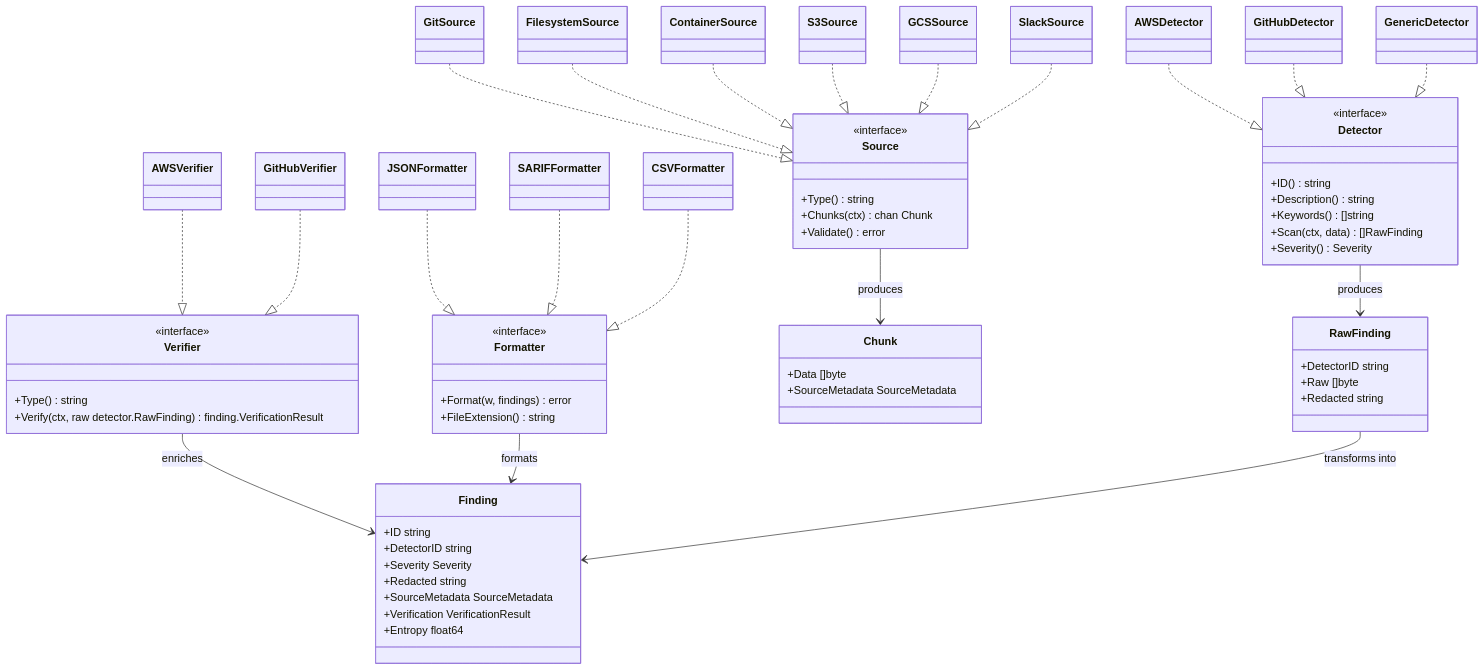
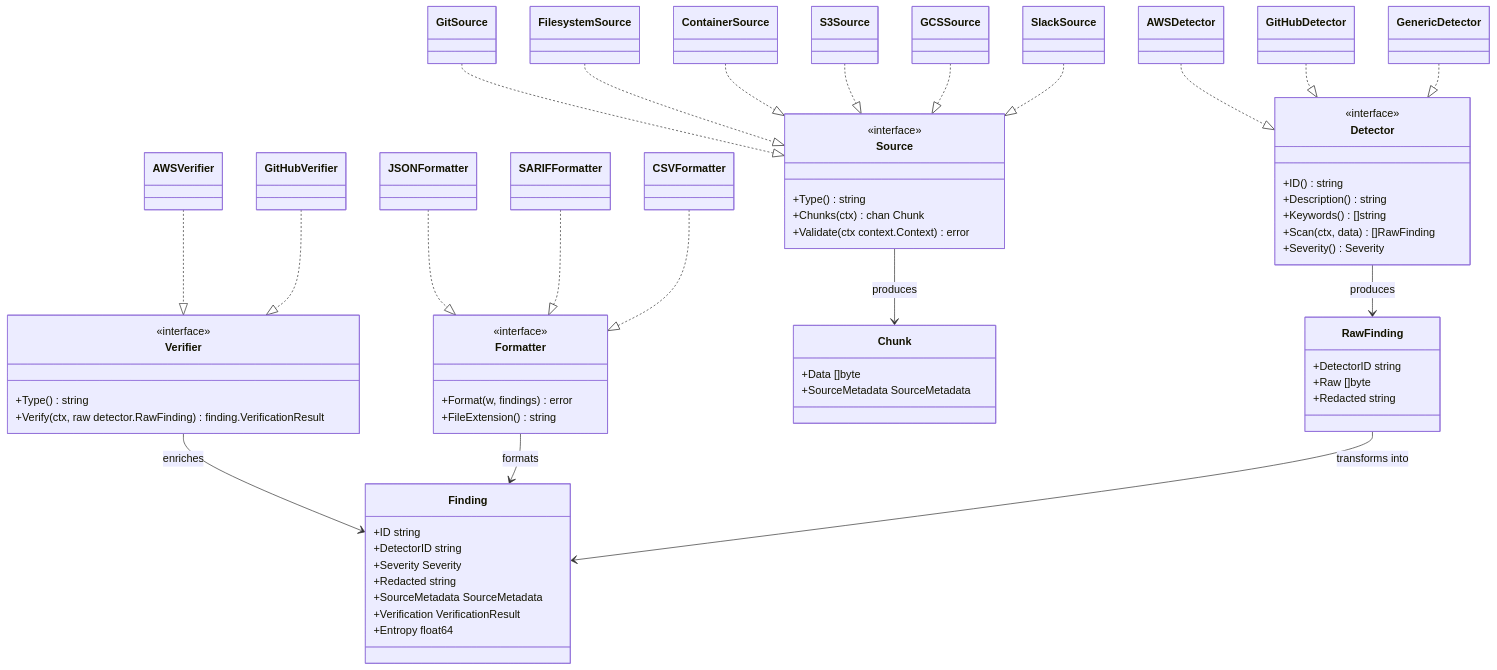
The second of 8 diagrams in docs/architecture/03-ARCHITECTURE.md (cemililik/Leakwatch), drawn with Mermaid before and after one commit. The commit also changed other lines of this file and 25 other files, not shown here.

````diff
--- a/docs/architecture/03-ARCHITECTURE.md
+++ b/docs/architecture/03-ARCHITECTURE.md
@@ -58,75 +58,75 @@
 ```mermaid
 classDiagram
     class Source {
         <<interface>>
         +Type() string
         +Chunks(ctx) chan Chunk
-        +Validate() error
+        +Validate(ctx context.Context) error
     }
 
     class Detector {
         <<interface>>
         +ID() string
         +Description() string
         +Keywords() []string
         +Scan(ctx, data) []RawFinding
         +Severity() Severity
     }
 
     class Verifier {
         <<interface>>
         +Type() string
         +Verify(ctx, raw detector.RawFinding) finding.VerificationResult
     }
 
     class Formatter {
         <<interface>>
         +Format(w, findings) error
         +FileExtension() string
     }
 
     class Chunk {
         +Data []byte
         +SourceMetadata SourceMetadata
     }
 
     class RawFinding {
         +DetectorID string
         +Raw []byte
         +Redacted string
     }
 
     class Finding {
         +ID string
         +DetectorID string
         +Severity Severity
         +Redacted string
         +SourceMetadata SourceMetadata
         +Verification VerificationResult
         +Entropy float64
     }
 
     Source --> Chunk : produces
     Detector --> RawFinding : produces
     Verifier --> Finding : enriches
     Formatter --> Finding : formats
     RawFinding --> Finding : transforms into
 
     GitSource ..|> Source
     FilesystemSource ..|> Source
     ContainerSource ..|> Source
     S3Source ..|> Source
     GCSSource ..|> Source
     SlackSource ..|> Source
 
     AWSDetector ..|> Detector
     GitHubDetector ..|> Detector
     GenericDetector ..|> Detector
 
     AWSVerifier ..|> Verifier
     GitHubVerifier ..|> Verifier
 
     JSONFormatter ..|> Formatter
     SARIFFormatter ..|> Formatter
     CSVFormatter ..|> Formatter
 ```
````
